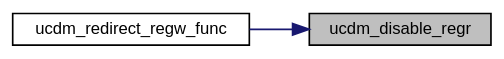
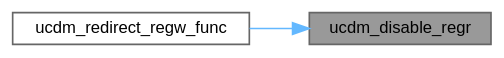
One commit to ebs-universe/piolib-ucdm changed the diagram in ucdm_8h_afadb3313130bbd61e8469164ebdc960e_icgraph.dot. Above: the diagram before and after it, drawn with Graphviz. The commit also changed 365 other files, not shown here.

```diff
--- a/ucdm_8h_afadb3313130bbd61e8469164ebdc960e_icgraph.dot
+++ b/ucdm_8h_afadb3313130bbd61e8469164ebdc960e_icgraph.dot
@@ -1,12 +1,12 @@
 digraph "ucdm_disable_regr"
 {
  // INTERACTIVE_SVG=YES
  // LATEX_PDF_SIZE
   bgcolor="transparent";
-  edge [fontname="Helvetica",fontsize="10",labelfontname="Helvetica",labelfontsize="10"];
-  node [fontname="Helvetica",fontsize="10",shape=record];
+  edge [fontname=Helvetica,fontsize=10,labelfontname=Helvetica,labelfontsize=10];
+  node [fontname=Helvetica,fontsize=10,shape=box,height=0.2,width=0.4];
   rankdir="RL";
-  Node1 [label="ucdm_disable_regr",height=0.2,width=0.4,color="black", fillcolor="grey75", style="filled", fontcolor="black",tooltip="Disable UCDM register register access on register."];
-  Node1 -> Node2 [dir="back",color="midnightblue",fontsize="10",style="solid",fontname="Helvetica"];
-  Node2 [label="ucdm_redirect_regw_func",height=0.2,width=0.4,color="black",URL="$ucdm_8c.html#a30a332a25c4993000e28caca3ef6198b",tooltip="Configure UCDM register write access on this register to redirect to a function pointer."];
+  Node1 [id="Node000001",label="ucdm_disable_regr",height=0.2,width=0.4,color="gray40", fillcolor="grey60", style="filled", fontcolor="black",tooltip="Disable UCDM register register access on register."];
+  Node1 -> Node2 [id="edge1_Node000001_Node000002",dir="back",color="steelblue1",style="solid",tooltip=" "];
+  Node2 [id="Node000002",label="ucdm_redirect_regw_func",height=0.2,width=0.4,color="grey40", fillcolor="white", style="filled",URL="$ucdm_8c.html#a30a332a25c4993000e28caca3ef6198b",tooltip="Configure UCDM register write access on this register to redirect to a function pointer."];
 }
```
